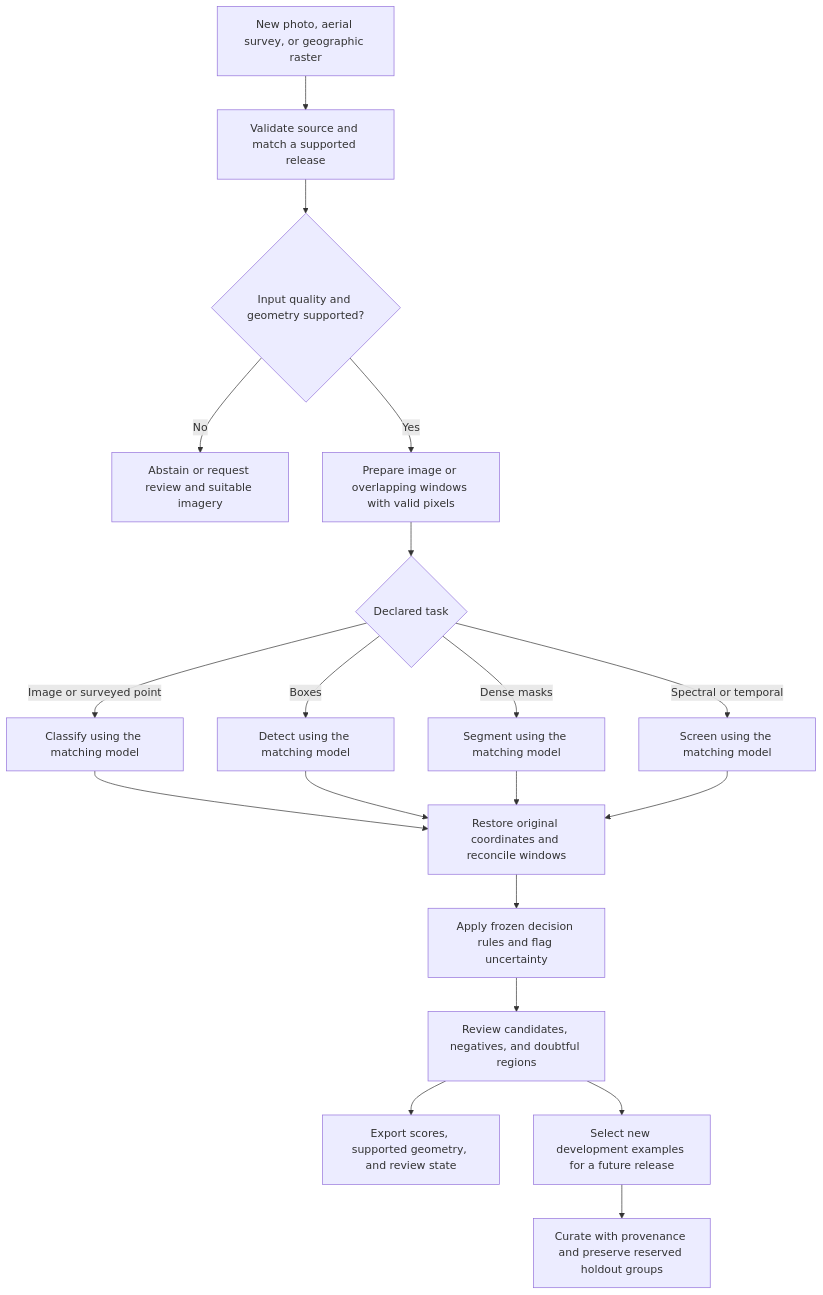
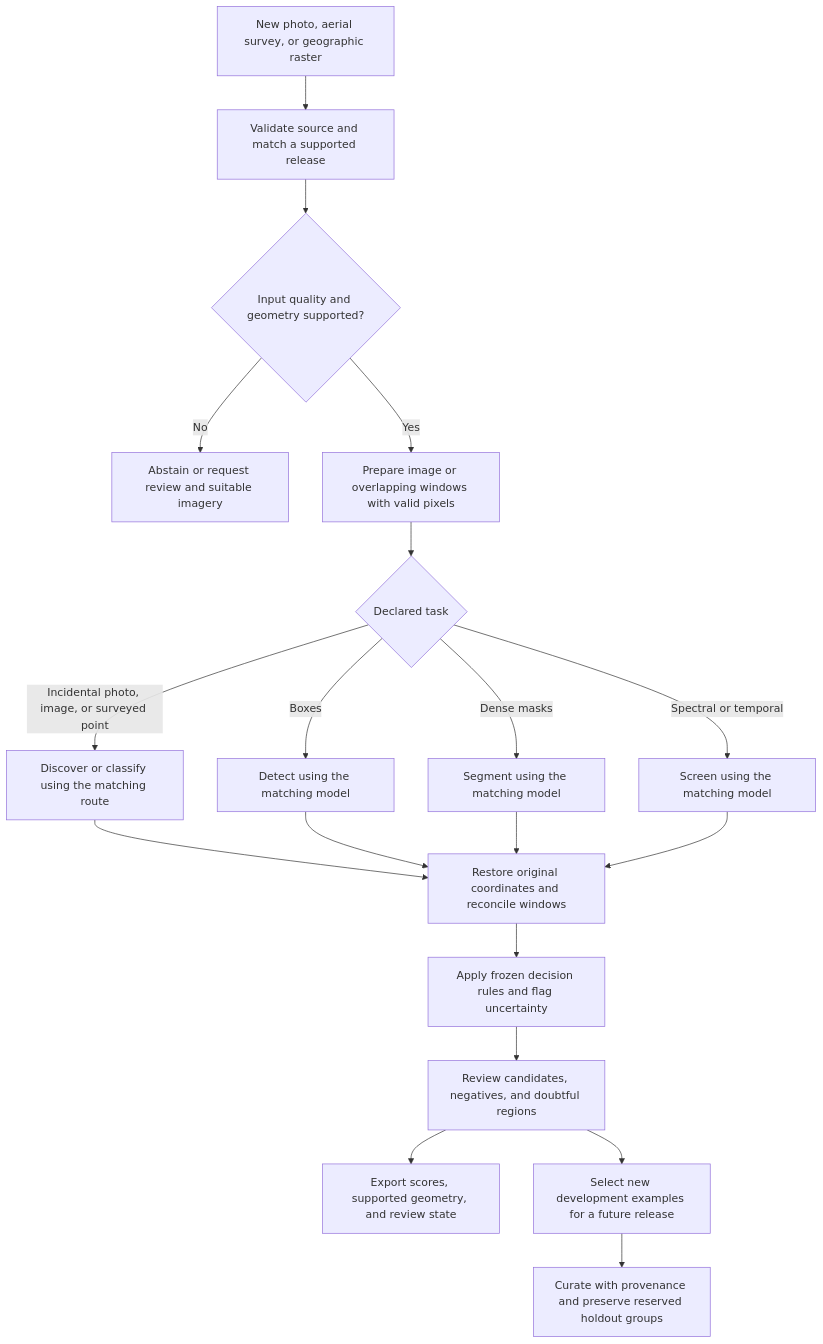
One commit to gardner/weedz changed the third of 3 diagrams in docs/pipeline.md. Above: the diagram before and after it, drawn with Mermaid. The commit also changed other lines of this file and 1 other file, not shown here.

Commit message:
Align data and pipeline plans with incidental discovery research

````diff
--- a/docs/pipeline.md
+++ b/docs/pipeline.md
@@ -194,21 +267,21 @@
 ```mermaid
 flowchart TD
     A["New photo, aerial survey, or geographic raster"] --> B["Validate source and match a supported release"]
     B --> C{"Input quality and geometry supported?"}
     C -->|No| R["Abstain or request review and suitable imagery"]
     C -->|Yes| D["Prepare image or overlapping windows with valid pixels"]
     D --> E{"Declared task"}
-    E -->|Image or surveyed point| F["Classify using the matching model"]
+    E -->|Incidental photo, image, or surveyed point| F["Discover or classify using the matching route"]
     E -->|Boxes| G["Detect using the matching model"]
     E -->|Dense masks| H["Segment using the matching model"]
     E -->|Spectral or temporal| I["Screen using the matching model"]
     F --> J["Restore original coordinates and reconcile windows"]
     G --> J
     H --> J
     I --> J
     J --> K["Apply frozen decision rules and flag uncertainty"]
     K --> L["Review candidates, negatives, and doubtful regions"]
     L --> M["Export scores, supported geometry, and review state"]
     L --> N["Select new development examples for a future release"]
     N --> O["Curate with provenance and preserve reserved holdout groups"]
 ```
````
